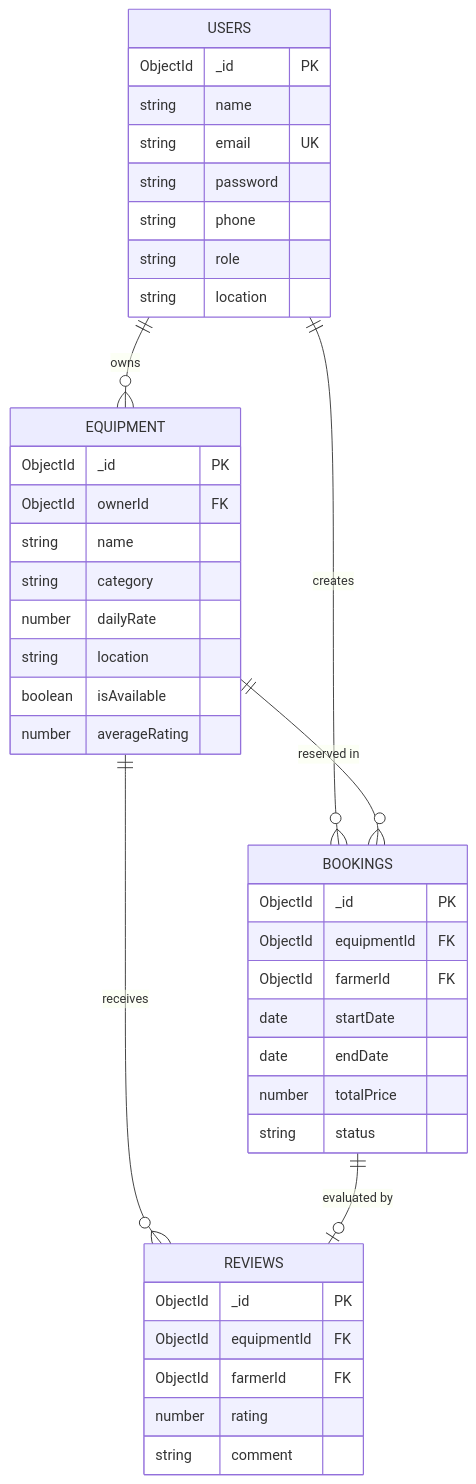
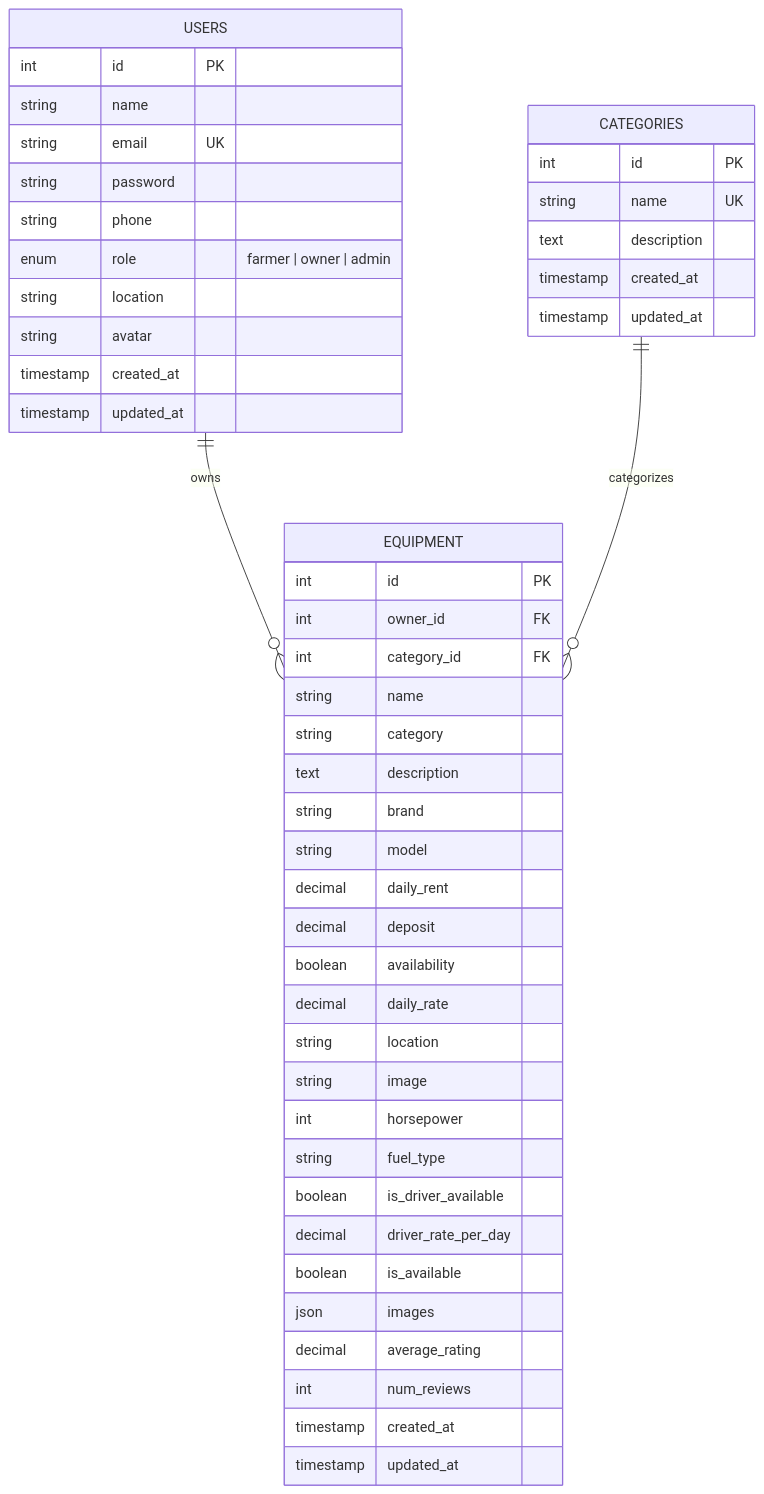
Before and after one commit to smsanjay991-cell/Agricultural-Equipment-Rental-Marketplace: the diagram in docs/diagrams/database.md, drawn with Mermaid. The commit also changed other lines of this file and 10 other files, not shown here.

````diff
--- a/docs/diagrams/database.md
+++ b/docs/diagrams/database.md
@@ -3,47 +7,53 @@
 ```mermaid
 erDiagram
     USERS ||--o{ EQUIPMENT : "owns"
-    USERS ||--o{ BOOKINGS : "creates"
-    EQUIPMENT ||--o{ BOOKINGS : "reserved in"
-    EQUIPMENT ||--o{ REVIEWS : "receives"
-    BOOKINGS ||--o| REVIEWS : "evaluated by"
+    CATEGORIES ||--o{ EQUIPMENT : "categorizes"
 
     USERS {
-        ObjectId _id PK
+        int id PK
         string name
         string email UK
         string password
         string phone
-        string role
+        enum role "farmer | owner | admin"
         string location
+        string avatar
+        timestamp created_at
+        timestamp updated_at
+    }
+
+    CATEGORIES {
+        int id PK
+        string name UK
+        text description
+        timestamp created_at
+        timestamp updated_at
     }
 
     EQUIPMENT {
-        ObjectId _id PK
-        ObjectId ownerId FK
+        int id PK
+        int owner_id FK
+        int category_id FK
         string name
         string category
-        number dailyRate
+        text description
+        string brand
+        string model
+        decimal daily_rent
+        decimal deposit
+        boolean availability
+        decimal daily_rate
         string location
-        boolean isAvailable
-        number averageRating
-    }
-
-    BOOKINGS {
-        ObjectId _id PK
-        ObjectId equipmentId FK
-        ObjectId farmerId FK
-        date startDate
-        date endDate
-        number totalPrice
-        string status
-    }
-
-    REVIEWS {
-        ObjectId _id PK
-        ObjectId equipmentId FK
-        ObjectId farmerId FK
-        number rating
-        string comment
+        string image
+        int horsepower
+        string fuel_type
+        boolean is_driver_available
+        decimal driver_rate_per_day
+        boolean is_available
+        json images
+        decimal average_rating
+        int num_reviews
+        timestamp created_at
+        timestamp updated_at
     }
 ```
````
